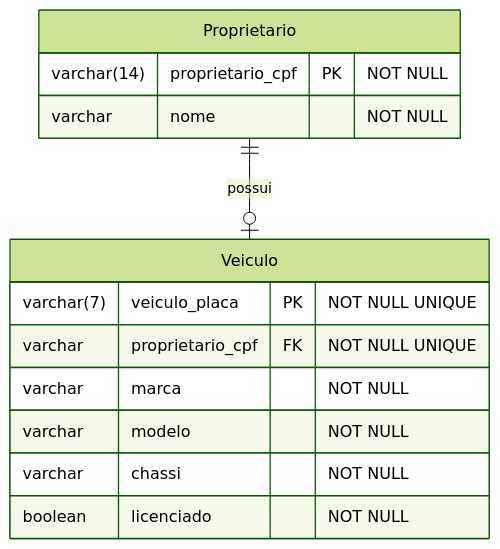
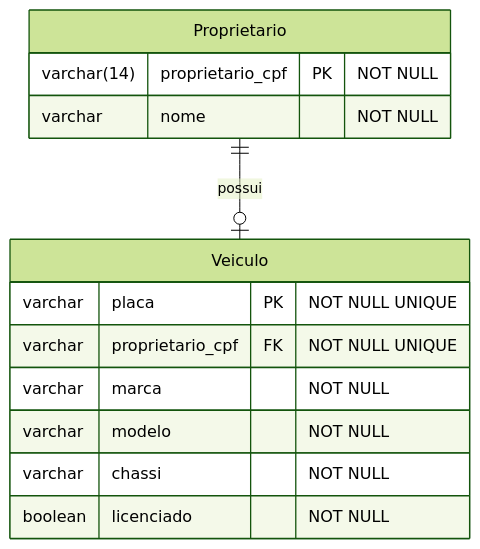
The diagram in README.md (devrafael-santos/CadastroVeiculo), drawn with Mermaid (forest theme) before and after one commit.

````diff
--- a/README.md
+++ b/README.md
@@ -11,18 +11,18 @@
 ```mermaid
 erDiagram
     Proprietario ||--o| Veiculo : possui
     
     Proprietario {
         varchar(14) proprietario_cpf PK "NOT NULL"
         varchar nome "NOT NULL"
     }
     
     Veiculo {
-        varchar(7) veiculo_placa PK "NOT NULL UNIQUE"
+        varchar placa PK "NOT NULL UNIQUE"
         varchar proprietario_cpf FK "NOT NULL UNIQUE"
         varchar marca "NOT NULL"
         varchar modelo "NOT NULL"
         varchar chassi "NOT NULL"
         boolean licenciado "NOT NULL"
     }
 ```
````
